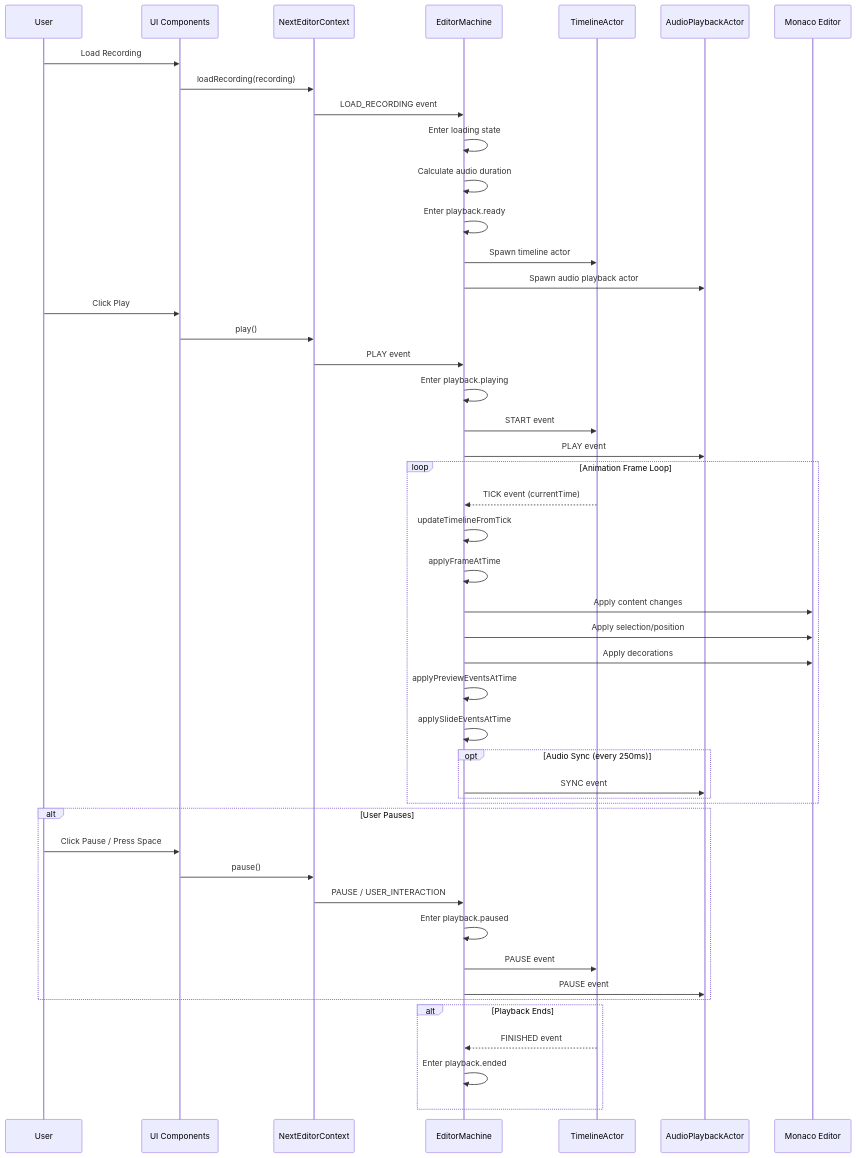
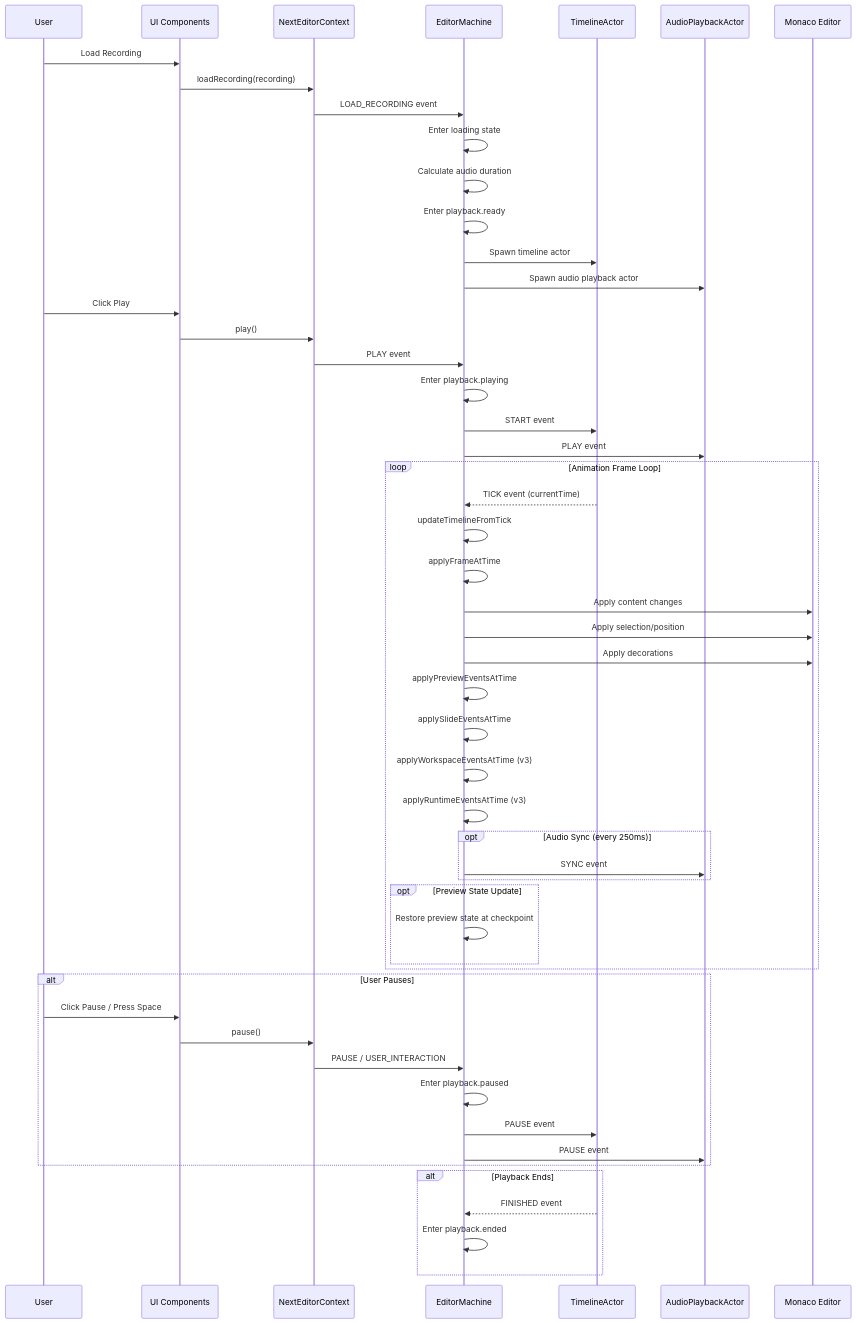
One commit to channyeintun/next-editor changed the third of 6 diagrams in docs/data-flow.md. Above: the diagram before and after it, drawn with Mermaid. The commit also changed other lines of this file and 1 other file, not shown here.

````diff
--- a/docs/data-flow.md
+++ b/docs/data-flow.md
@@ -136,56 +148,62 @@
 ```mermaid
 sequenceDiagram
     participant User
     participant UI as UI Components
     participant Context as NextEditorContext
     participant Machine as EditorMachine
     participant Timeline as TimelineActor
     participant Audio as AudioPlaybackActor
     participant Editor as Monaco Editor
 
     User->>UI: Load Recording
     UI->>Context: loadRecording(recording)
     Context->>Machine: LOAD_RECORDING event
     Machine->>Machine: Enter loading state
     Machine->>Machine: Calculate audio duration
     Machine->>Machine: Enter playback.ready
 
     Machine->>Timeline: Spawn timeline actor
     Machine->>Audio: Spawn audio playback actor
 
     User->>UI: Click Play
     UI->>Context: play()
     Context->>Machine: PLAY event
     Machine->>Machine: Enter playback.playing
     Machine->>Timeline: START event
     Machine->>Audio: PLAY event
 
     loop Animation Frame Loop
         Timeline-->>Machine: TICK event (currentTime)
         Machine->>Machine: updateTimelineFromTick
         Machine->>Machine: applyFrameAtTime
         Machine->>Editor: Apply content changes
         Machine->>Editor: Apply selection/position
         Machine->>Editor: Apply decorations
         Machine->>Machine: applyPreviewEventsAtTime
         Machine->>Machine: applySlideEventsAtTime
+        Machine->>Machine: applyWorkspaceEventsAtTime (v3)
+        Machine->>Machine: applyRuntimeEventsAtTime (v3)
         
         opt Audio Sync (every 250ms)
             Machine->>Audio: SYNC event
+        end
+        
+        opt Preview State Update
+            Machine->>Machine: Restore preview state at checkpoint
         end
     end
 
     alt User Pauses
         User->>UI: Click Pause / Press Space
         UI->>Context: pause()
         Context->>Machine: PAUSE / USER_INTERACTION
         Machine->>Machine: Enter playback.paused
         Machine->>Timeline: PAUSE event
         Machine->>Audio: PAUSE event
     end
 
     alt Playback Ends
         Timeline-->>Machine: FINISHED event
         Machine->>Machine: Enter playback.ended
     end
 ```
````
